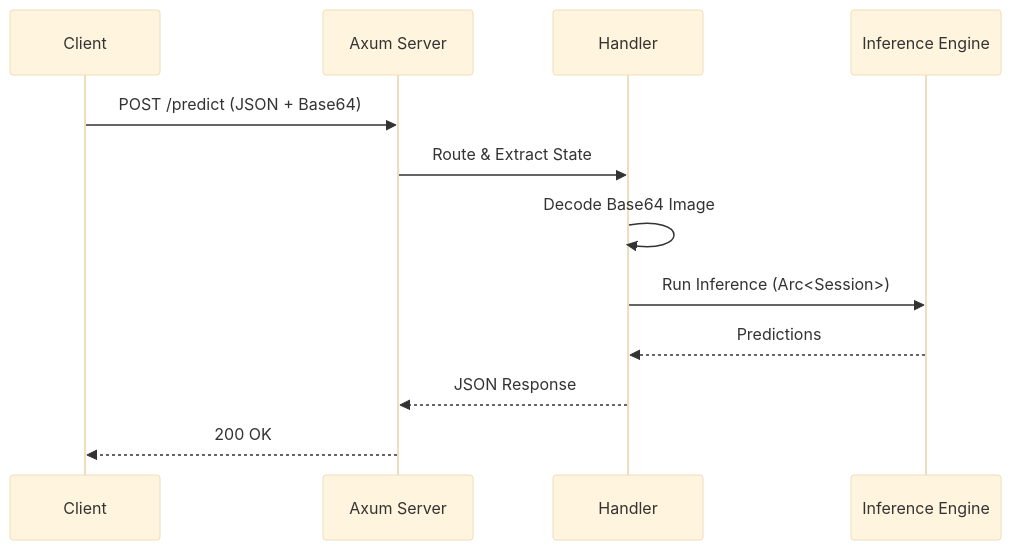
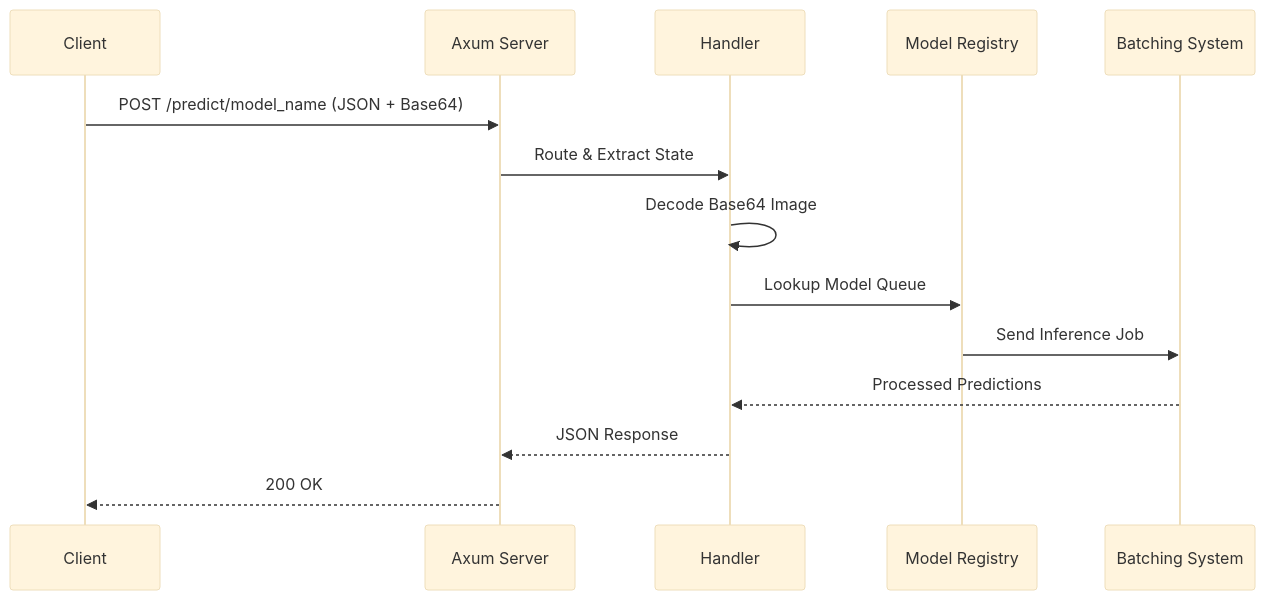
One commit to Ammar-Alnagar/cronnx changed the diagram in docs/02_async_api.md. Above: the diagram before and after it, drawn with Mermaid (base theme). The commit also changed other lines of this file and 32 other files, not shown here.

First line of the commit message:
feat: Implement core functionality for ONNX model inference server

````diff
--- a/docs/02_async_api.md
+++ b/docs/02_async_api.md
@@ -23,15 +23,17 @@
 ```mermaid
 sequenceDiagram
     participant C as Client
     participant S as Axum Server
     participant H as Handler
-    participant E as Inference Engine
+    participant R as Model Registry
+    participant B as Batching System
 
-    C->>S: POST /predict (JSON + Base64)
+    C->>S: POST /predict/model_name (JSON + Base64)
     S->>H: Route & Extract State
     H->>H: Decode Base64 Image
-    H->>E: Run Inference (Arc<Session>)
-    E-->>H: Predictions
+    H->>R: Lookup Model Queue
+    R->>B: Send Inference Job
+    B-->>H: Processed Predictions
     H-->>S: JSON Response
     S-->>C: 200 OK
 ```
````
